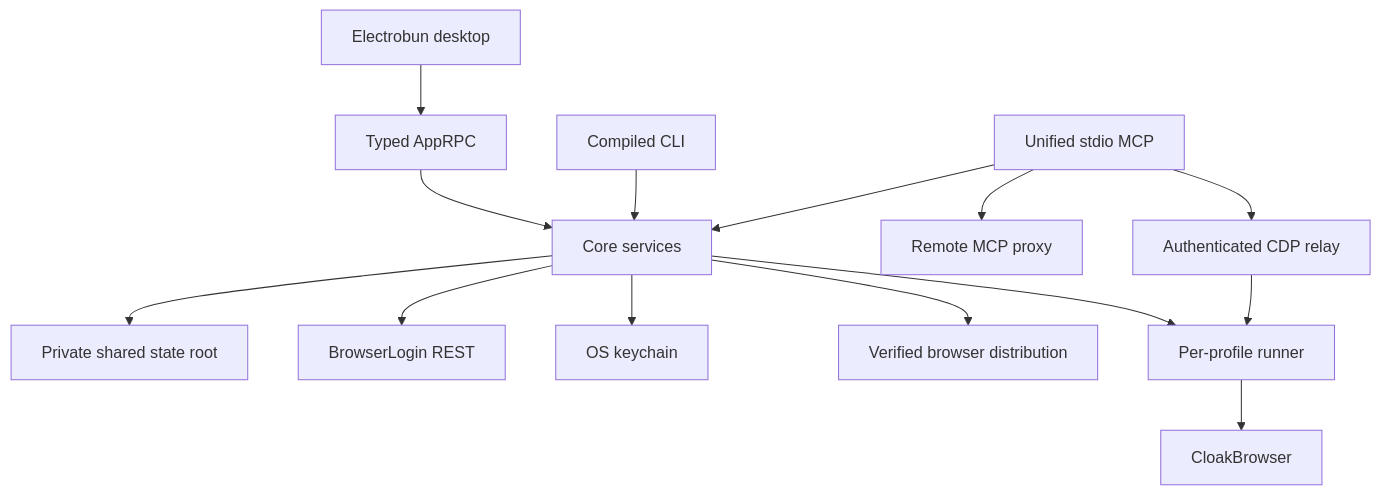
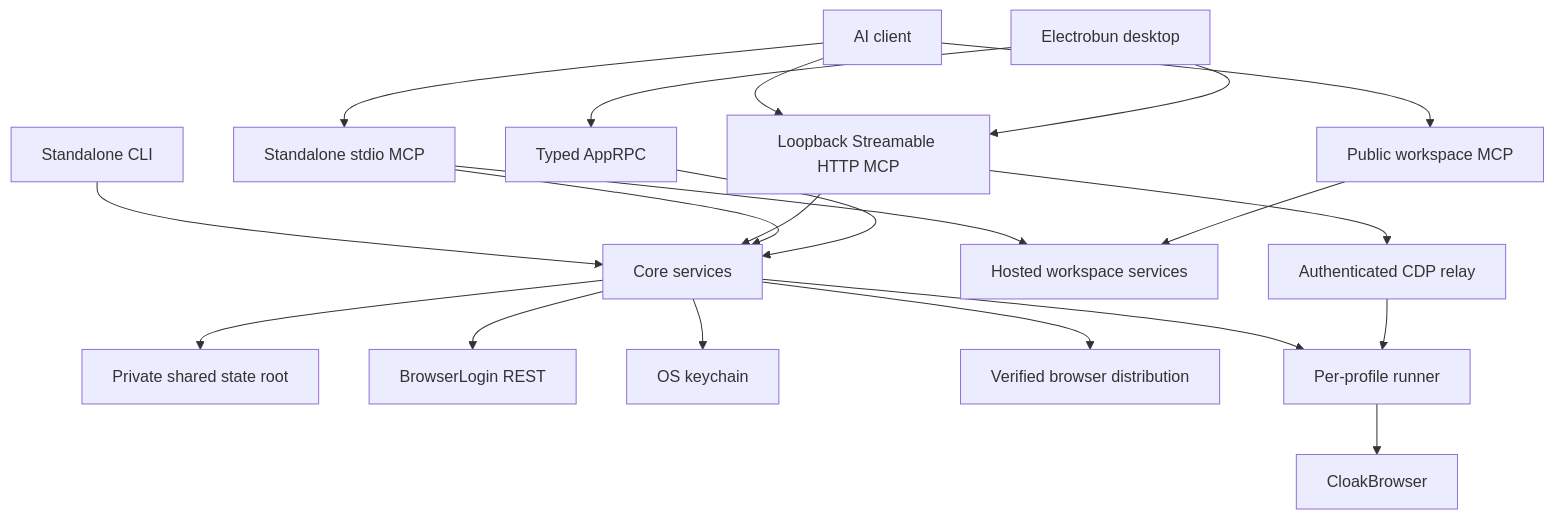
Before and after one commit to iamkhalidbashir/browserlogin-client: the diagram in docs/architecture.md, drawn with Mermaid. The commit also changed other lines of this file and 103 other files, not shown here.

````diff
--- a/docs/architecture.md
+++ b/docs/architecture.md
@@ -5,16 +5,22 @@
 ```mermaid
 flowchart TD
-  UI[Electrobun desktop] --> RPC[Typed AppRPC]
-  CLI[Compiled CLI] --> Core[Core services]
-  MCP[Unified stdio MCP] --> Core
+  AI[AI client] --> LocalMCP[Loopback Streamable HTTP MCP]
+  AI --> PublicMCP[Public workspace MCP]
+  AI --> StdioMCP[Standalone stdio MCP]
+  Desktop[Electrobun desktop] --> RPC[Typed AppRPC]
+  CLI[Standalone CLI] --> Core[Core services]
+  Desktop --> LocalMCP
+  LocalMCP --> Core[Core services]
+  StdioMCP --> Core
+  StdioMCP --> Workspace[Hosted workspace services]
   RPC --> Core
   Core --> State[Private shared state root]
   Core --> API[BrowserLogin REST]
   Core --> Keychain[OS keychain]
   Core --> Dist[Verified browser distribution]
   Core --> Runner[Per-profile runner]
   Runner --> Browser[CloakBrowser]
-  MCP --> Remote[Remote MCP proxy]
-  MCP --> CDP[Authenticated CDP relay]
+  PublicMCP --> Workspace[Hosted workspace services]
+  LocalMCP --> CDP[Authenticated CDP relay]
   CDP --> Runner
 ```
````
